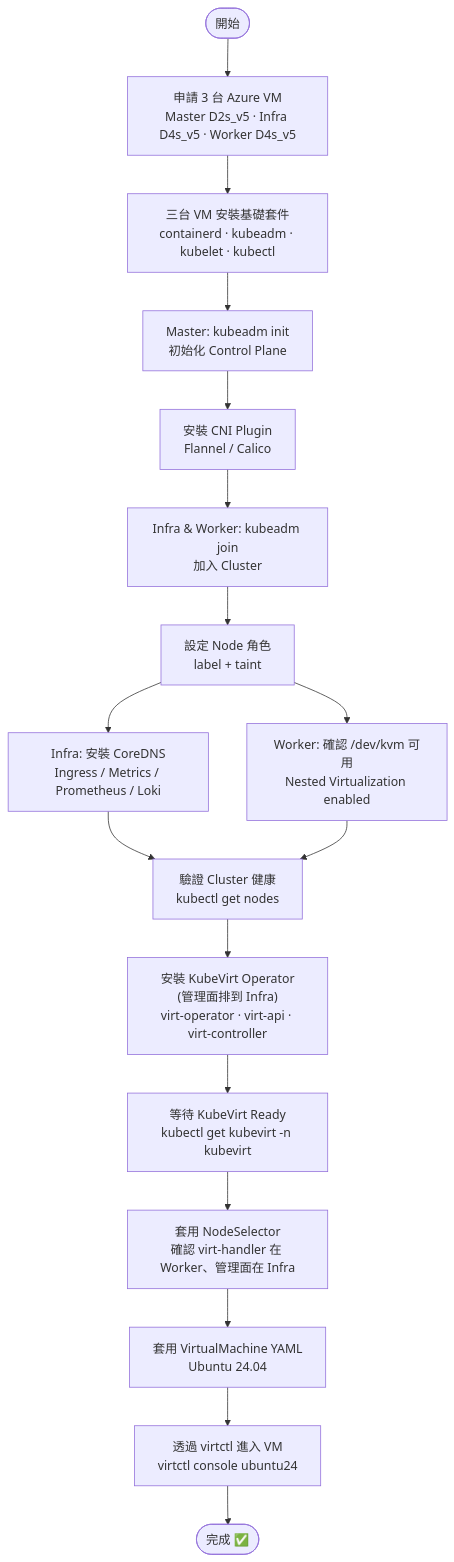
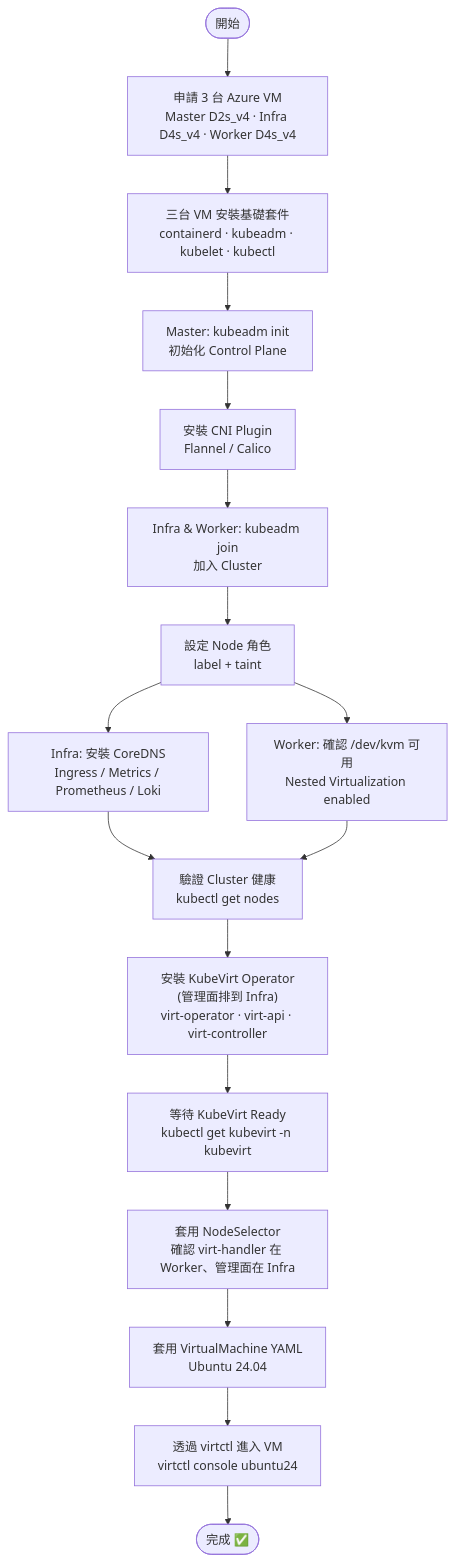
One commit to MansionLai/notebook changed the diagram in kubernetes/3node-kubevirt/flowchart.md. Above: the diagram before and after it, drawn with Mermaid. The commit also changed other lines of this file and 2 other files, not shown here.

Commit message:
Align KubeVirt VM sizes to v4

````diff
--- a/kubernetes/3node-kubevirt/flowchart.md
+++ b/kubernetes/3node-kubevirt/flowchart.md
@@ -16,19 +16,19 @@
 ```mermaid
 flowchart TD
-    A([開始]) --> B[申請 3 台 Azure VM\nMaster D2s_v5 · Infra D4s_v5 · Worker D4s_v5]
+    A([開始]) --> B[申請 3 台 Azure VM\nMaster D2s_v4 · Infra D4s_v4 · Worker D4s_v4]
     B --> C[三台 VM 安裝基礎套件\ncontainerd · kubeadm · kubelet · kubectl]
     C --> D[Master: kubeadm init\n初始化 Control Plane]
     D --> E[安裝 CNI Plugin\nFlannel / Calico]
     E --> F[Infra & Worker: kubeadm join\n加入 Cluster]
     F --> G[設定 Node 角色\nlabel + taint]
     G --> H1[Infra: 安裝 CoreDNS\nIngress / Metrics / Prometheus / Loki]
     G --> H2[Worker: 確認 /dev/kvm 可用\nNested Virtualization enabled]
     H1 --> I[驗證 Cluster 健康\nkubectl get nodes]
     H2 --> I
     I --> J["安裝 KubeVirt Operator\n(管理面排到 Infra)\nvirt-operator · virt-api · virt-controller"]
     J --> K[等待 KubeVirt Ready\nkubectl get kubevirt -n kubevirt]
     K --> L[套用 NodeSelector\n確認 virt-handler 在 Worker、管理面在 Infra]
     L --> M[套用 VirtualMachine YAML\nUbuntu 24.04]
     M --> N[透過 virtctl 進入 VM\nvirtctl console ubuntu24]
     N --> O([完成 ✅])
 ```
````
